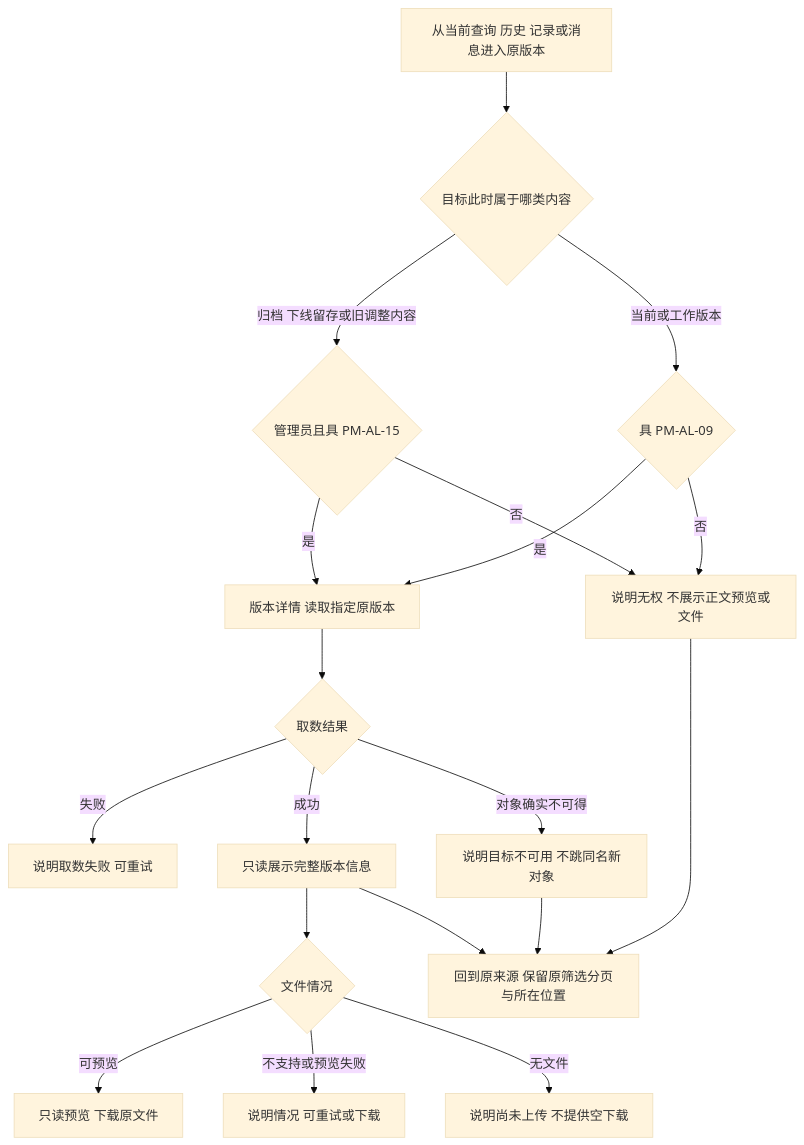
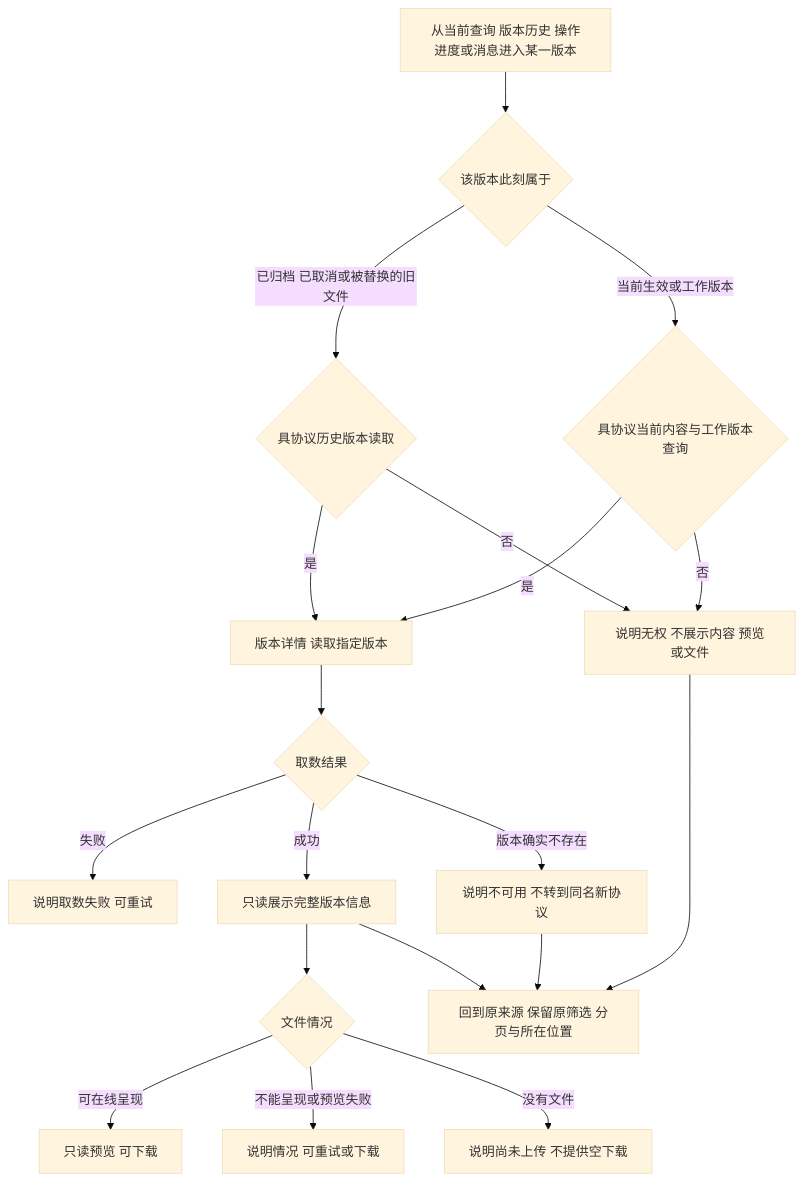
One commit to wxblockchain/Chain-Financing changed the third of 8 diagrams in lending-platform/PRD/运营端/03-运营端协议管理/02-运营端协议管理-流程图与状态机.md. Above: the diagram before and after it, drawn with Mermaid (base theme). The commit also changed other lines of this file and 6 other files, not shown here.

````diff
--- a/lending-platform/PRD/运营端/03-运营端协议管理/02-运营端协议管理-流程图与状态机.md
+++ b/lending-platform/PRD/运营端/03-运营端协议管理/02-运营端协议管理-流程图与状态机.md
@@ -91,21 +90,21 @@
 ```mermaid
 flowchart TD
-    A[从当前查询 历史 记录或消息进入原版本] --> B{目标此时属于哪类内容}
-    B -->|当前或工作版本| C{具 PM-AL-09}
-    B -->|归档 下线留存或旧调整内容| D{管理员且具 PM-AL-15}
-    C -->|否| E[说明无权 不展示正文预览或文件]
+    A[从当前查询 版本历史 操作进度或消息进入某一版本] --> B{该版本此刻属于}
+    B -->|当前生效或工作版本| C{具协议当前内容与工作版本查询}
+    B -->|已归档 已取消或被替换的旧文件| D{具协议历史版本读取}
+    C -->|否| E[说明无权 不展示内容 预览或文件]
     D -->|否| E
-    C -->|是| F[版本详情 读取指定原版本]
+    C -->|是| F[版本详情 读取指定版本]
     D -->|是| F
     F --> G{取数结果}
     G -->|失败| H[说明取数失败 可重试]
-    G -->|对象确实不可得| I[说明目标不可用 不跳同名新对象]
+    G -->|版本确实不存在| I[说明不可用 不转到同名新协议]
     G -->|成功| J[只读展示完整版本信息]
     J --> K{文件情况}
-    K -->|可预览| L[只读预览 下载原文件]
-    K -->|不支持或预览失败| M[说明情况 可重试或下载]
-    K -->|无文件| N[说明尚未上传 不提供空下载]
-    E --> O[回到原来源 保留原筛选分页与所在位置]
+    K -->|可在线呈现| L[只读预览 可下载]
+    K -->|不能呈现或预览失败| M[说明情况 可重试或下载]
+    K -->|没有文件| N[说明尚未上传 不提供空下载]
+    E --> O[回到原来源 保留原筛选 分页与所在位置]
     I --> O
     J --> O
 ```
````
